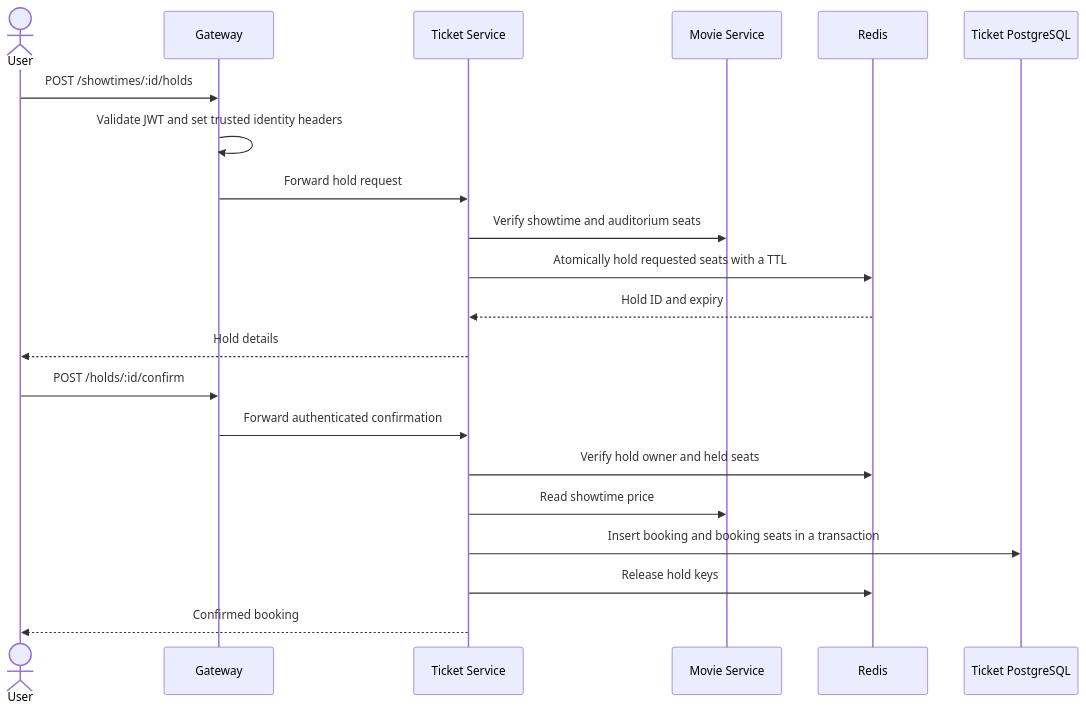
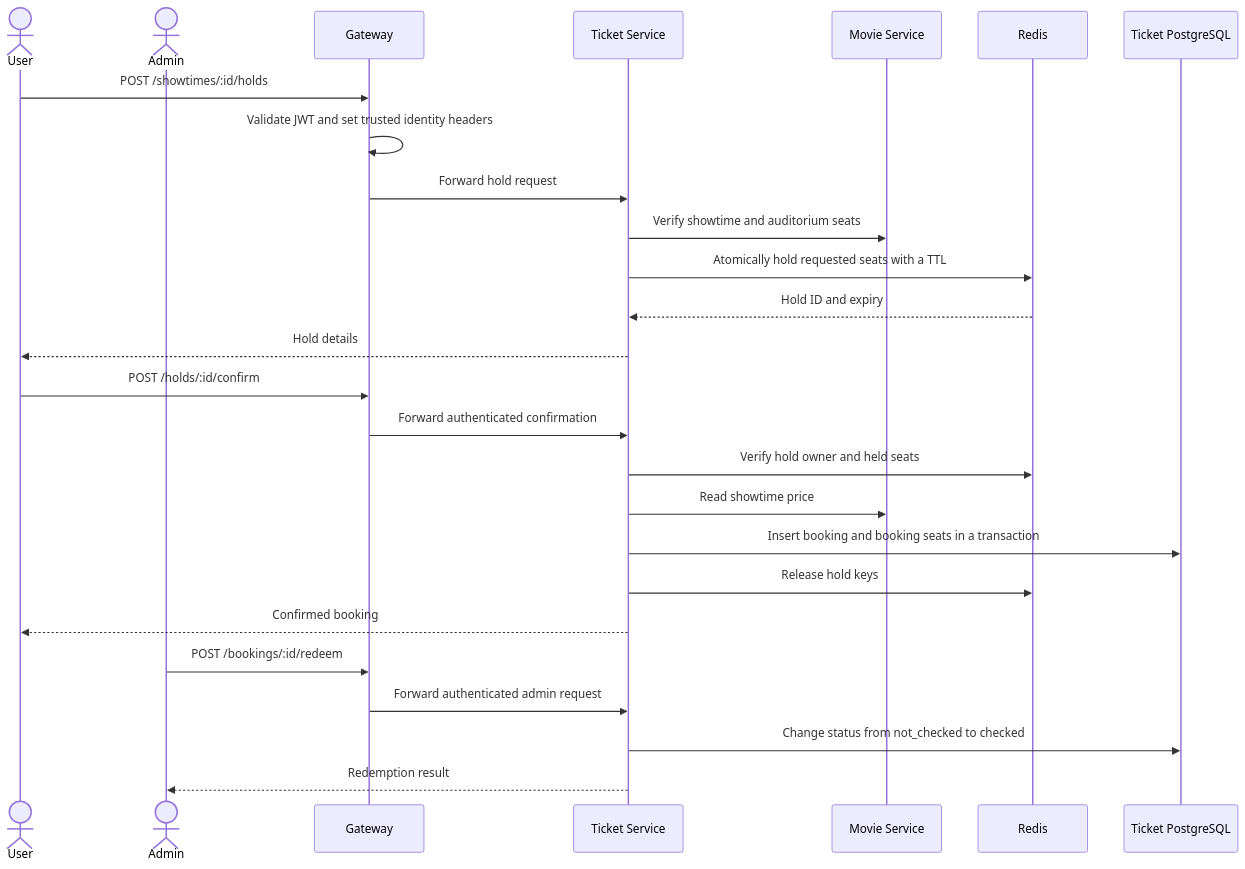
One commit to ErenKarakus1/Movie-Ticket-Booking-System changed the second of 3 diagrams in README.md. Above: the diagram before and after it, drawn with Mermaid. The commit also changed other lines of this file and 2 other files, not shown here.

Commit message:
fix: handle duplicate showtime seat bookings

````diff
--- a/README.md
+++ b/README.md
@@ -40,25 +40,31 @@
 ```mermaid
 sequenceDiagram
     actor User
+    actor Admin
     participant Gateway
     participant Ticket as Ticket Service
     participant Movie as Movie Service
     participant Redis
     participant DB as Ticket PostgreSQL
 
     User->>Gateway: POST /showtimes/:id/holds
     Gateway->>Gateway: Validate JWT and set trusted identity headers
     Gateway->>Ticket: Forward hold request
     Ticket->>Movie: Verify showtime and auditorium seats
     Ticket->>Redis: Atomically hold requested seats with a TTL
     Redis-->>Ticket: Hold ID and expiry
     Ticket-->>User: Hold details
 
     User->>Gateway: POST /holds/:id/confirm
     Gateway->>Ticket: Forward authenticated confirmation
     Ticket->>Redis: Verify hold owner and held seats
     Ticket->>Movie: Read showtime price
     Ticket->>DB: Insert booking and booking seats in a transaction
     Ticket->>Redis: Release hold keys
     Ticket-->>User: Confirmed booking
+
+    Admin->>Gateway: POST /bookings/:id/redeem
+    Gateway->>Ticket: Forward authenticated admin request
+    Ticket->>DB: Change status from not_checked to checked
+    Ticket-->>Admin: Redemption result
 ```
````
